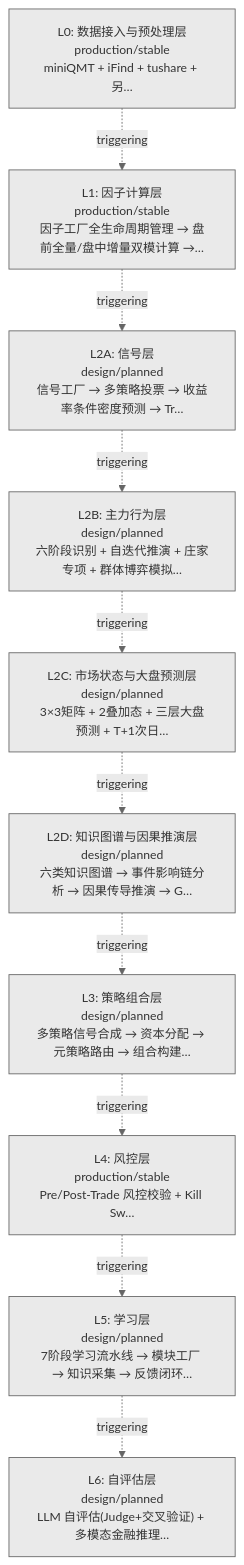
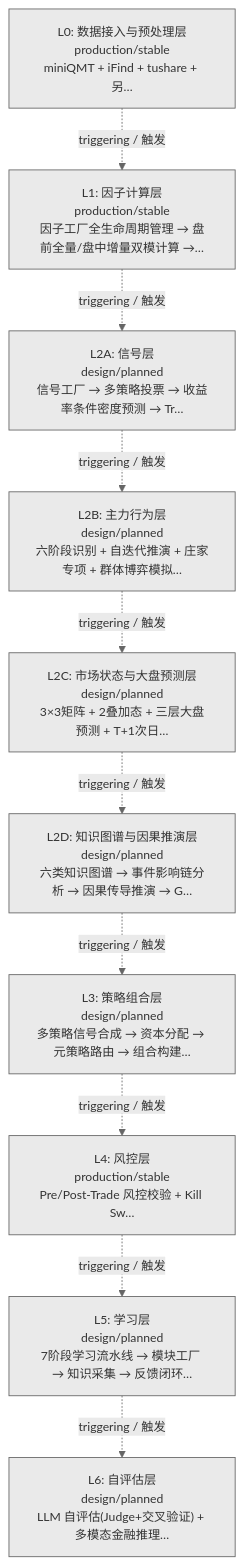
One commit to xuanFelixVan/ZephyrAlpha changed the diagram in docs/02_enterprise_architecture/06_decision_architecture/01_decision_track_model_driven.md. Above: the diagram before and after it, drawn with Mermaid. The commit also changed other lines of this file and 23 other files, not shown here.

First line of the commit message:
feat(decision-diagram): mermaid 边标签加中文（triggering/触发 等）

````diff
--- a/docs/02_enterprise_architecture/06_decision_architecture/01_decision_track_model_driven.md
+++ b/docs/02_enterprise_architecture/06_decision_architecture/01_decision_track_model_driven.md
@@ -23,23 +23,23 @@
 ```mermaid
 %%{init: {'theme': 'base', 'themeVariables': {'primaryColor': '#eaeaea', 'primaryTextColor': '#333333', 'primaryBorderColor': '#666666', 'lineColor': '#666666', 'secondaryColor': '#eaeaea', 'tertiaryColor': '#eaeaea', 'fontSize': '14px'}}}%%
 flowchart TD
     LL0["L0: 数据接入与预处理层<br/>production/stable<br/>miniQMT + iFind + tushare + 另…"]
     LL1["L1: 因子计算层<br/>production/stable<br/>因子工厂全生命周期管理 → 盘前全量/盘中增量双模计算 →…"]
     LL2A["L2A: 信号层<br/>design/planned<br/>信号工厂 → 多策略投票 → 收益率条件密度预测 → Tr…"]
     LL2B["L2B: 主力行为层<br/>design/planned<br/>六阶段识别 + 自迭代推演 + 庄家专项 + 群体博弈模拟…"]
     LL2C["L2C: 市场状态与大盘预测层<br/>design/planned<br/>3×3矩阵 + 2叠加态 + 三层大盘预测 + T+1次日…"]
     LL2D["L2D: 知识图谱与因果推演层<br/>design/planned<br/>六类知识图谱 → 事件影响链分析 → 因果传导推演 → G…"]
     LL3["L3: 策略组合层<br/>design/planned<br/>多策略信号合成 → 资本分配 → 元策略路由 → 组合构建…"]
     LL4["L4: 风控层<br/>production/stable<br/>Pre/Post-Trade 风控校验 + Kill Sw…"]
     LL5["L5: 学习层<br/>design/planned<br/>7阶段学习流水线 → 模块工厂 → 知识采集 → 反馈闭环…"]
     LL6["L6: 自评估层<br/>design/planned<br/>LLM 自评估(Judge+交叉验证) + 多模态金融推理…"]
-    LL0 -.->|triggering| LL1
-    LL1 -.->|triggering| LL2A
-    LL2A -.->|triggering| LL2B
-    LL2B -.->|triggering| LL2C
-    LL2C -.->|triggering| LL2D
-    LL2D -.->|triggering| LL3
-    LL3 -.->|triggering| LL4
-    LL4 -.->|triggering| LL5
-    LL5 -.->|triggering| LL6
+    LL0 -.->|triggering / 触发| LL1
+    LL1 -.->|triggering / 触发| LL2A
+    LL2A -.->|triggering / 触发| LL2B
+    LL2B -.->|triggering / 触发| LL2C
+    LL2C -.->|triggering / 触发| LL2D
+    LL2D -.->|triggering / 触发| LL3
+    LL3 -.->|triggering / 触发| LL4
+    LL4 -.->|triggering / 触发| LL5
+    LL5 -.->|triggering / 触发| LL6
 ```
````
